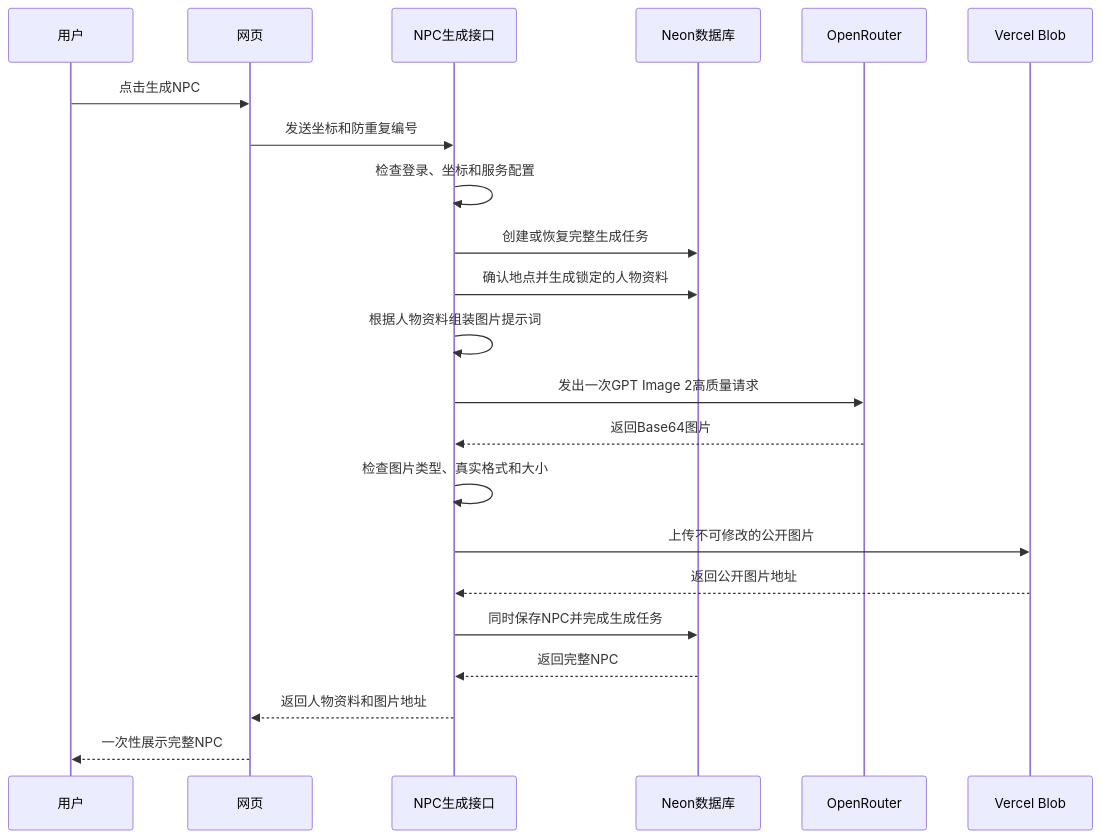
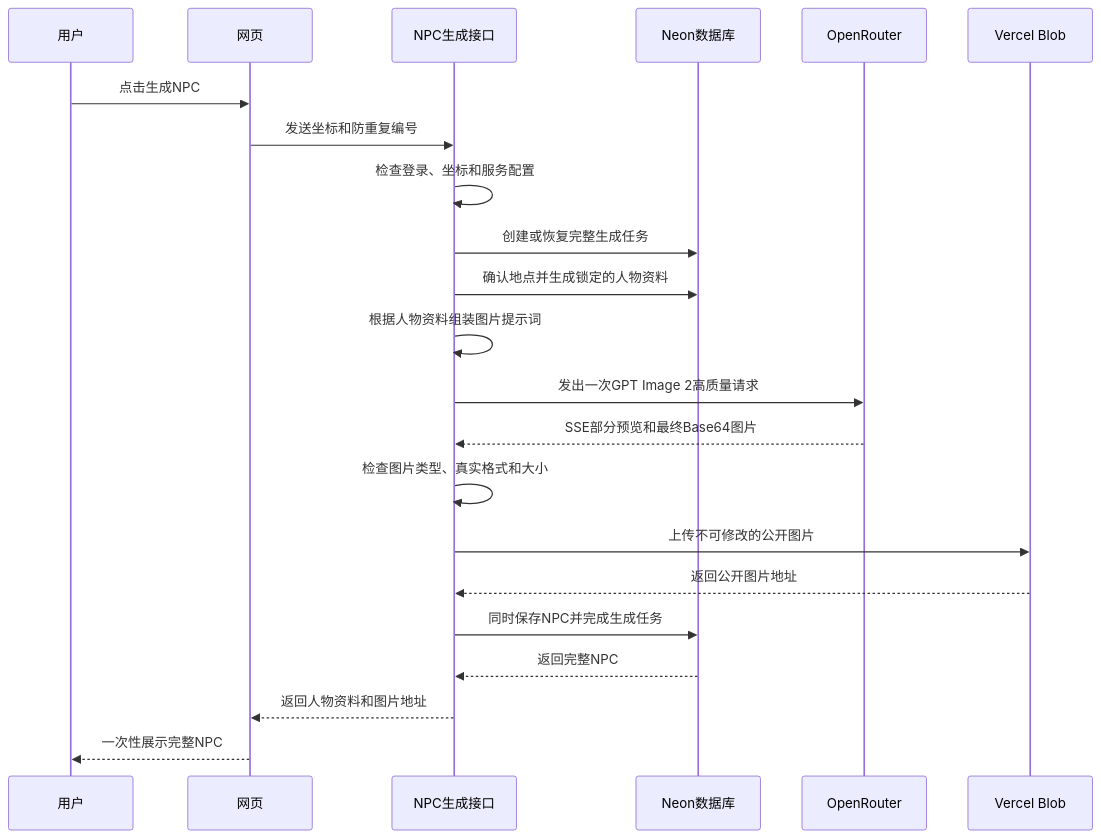
The diagram in docs/superpowers/specs/2026-08-14-gpt-image-2-portrait-generation-design.md (MrParamecium/london-npc-explorer), drawn with Mermaid before and after one commit. The commit also changed other lines of this file and 3 other files, not shown here.

````diff
--- a/docs/superpowers/specs/2026-08-14-gpt-image-2-portrait-generation-design.md
+++ b/docs/superpowers/specs/2026-08-14-gpt-image-2-portrait-generation-design.md
@@ -67,25 +67,25 @@
 ```mermaid
 sequenceDiagram
     participant U as 用户
     participant UI as 网页
     participant API as NPC生成接口
     participant DB as Neon数据库
     participant OR as OpenRouter
     participant Blob as Vercel Blob
 
     U->>UI: 点击生成NPC
     UI->>API: 发送坐标和防重复编号
     API->>API: 检查登录、坐标和服务配置
     API->>DB: 创建或恢复完整生成任务
     API->>DB: 确认地点并生成锁定的人物资料
     API->>API: 根据人物资料组装图片提示词
     API->>OR: 发出一次GPT Image 2高质量请求
-    OR-->>API: 返回Base64图片
+    OR-->>API: SSE部分预览和最终Base64图片
     API->>API: 检查图片类型、真实格式和大小
     API->>Blob: 上传不可修改的公开图片
     Blob-->>API: 返回公开图片地址
     API->>DB: 同时保存NPC并完成生成任务
     DB-->>API: 返回完整NPC
     API-->>UI: 返回人物资料和图片地址
     UI-->>U: 一次性展示完整NPC
 ```
````
